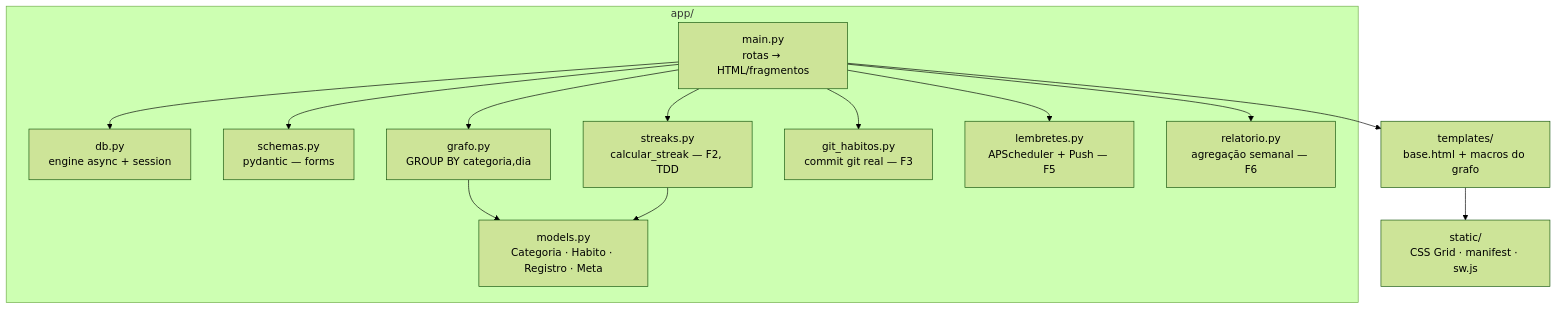
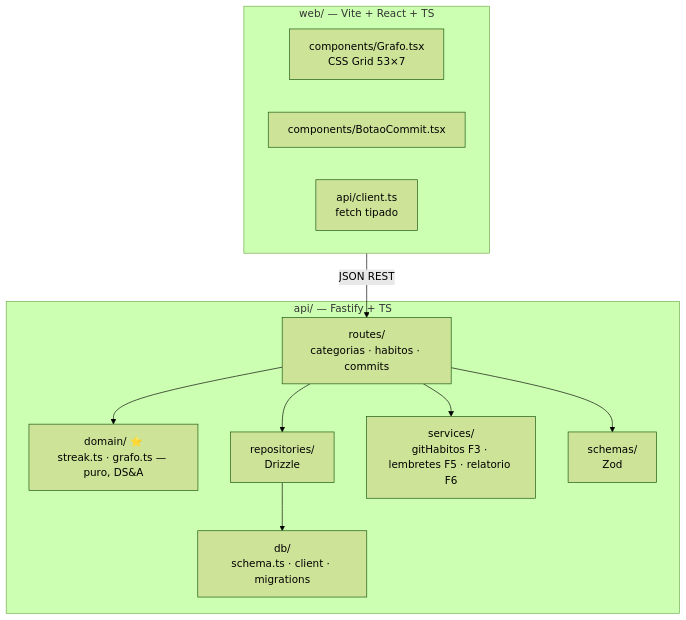
The third of 5 diagrams in README.md (rfsants001/habithub), drawn with Mermaid (forest theme) before and after one commit. The commit also changed other lines of this file, not shown here.

````diff
--- a/README.md
+++ b/README.md
@@ -130,21 +130,20 @@
 ```mermaid
 graph TD
-    subgraph app[app/]
-        main[main.py<br/>rotas → HTML/fragmentos]
-        db[db.py<br/>engine async + session]
-        models[models.py<br/>Categoria · Habito · Registro · Meta]
-        schemas[schemas.py<br/>pydantic — forms]
-        grafo[grafo.py<br/>GROUP BY categoria,dia]
-        streaks[streaks.py<br/>calcular_streak — F2, TDD]
-        git[git_habitos.py<br/>commit git real — F3]
-        lembretes[lembretes.py<br/>APScheduler + Push — F5]
-        relatorio[relatorio.py<br/>agregação semanal — F6]
+    subgraph api[api/ — Fastify + TS]
+        routes[routes/<br/>categorias · habitos · commits]
+        domain[domain/ ⭐<br/>streak.ts · grafo.ts — puro, DS&A]
+        repos[repositories/<br/>Drizzle]
+        services[services/<br/>gitHabitos F3 · lembretes F5 · relatorio F6]
+        schemas[schemas/<br/>Zod]
+        dbmod[db/<br/>schema.ts · client · migrations]
     end
-    tpl[templates/<br/>base.html + macros do grafo]
-    static[static/<br/>CSS Grid · manifest · sw.js]
+    subgraph web[web/ — Vite + React + TS]
+        grafoC[components/Grafo.tsx<br/>CSS Grid 53×7]
+        commitC[components/BotaoCommit.tsx]
+        apiC[api/client.ts<br/>fetch tipado]
+    end
 
-    main --> db & schemas & grafo & streaks & git & lembretes & relatorio
-    grafo --> models
-    streaks --> models
-    main --> tpl --> static
+    routes --> schemas & domain & repos & services
+    repos --> dbmod
+    web -->|JSON REST| routes
 ```
````
